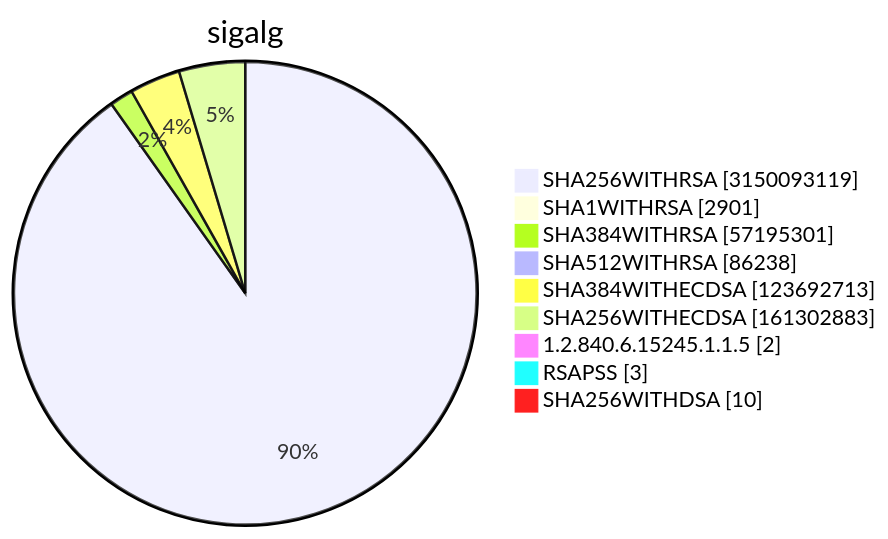
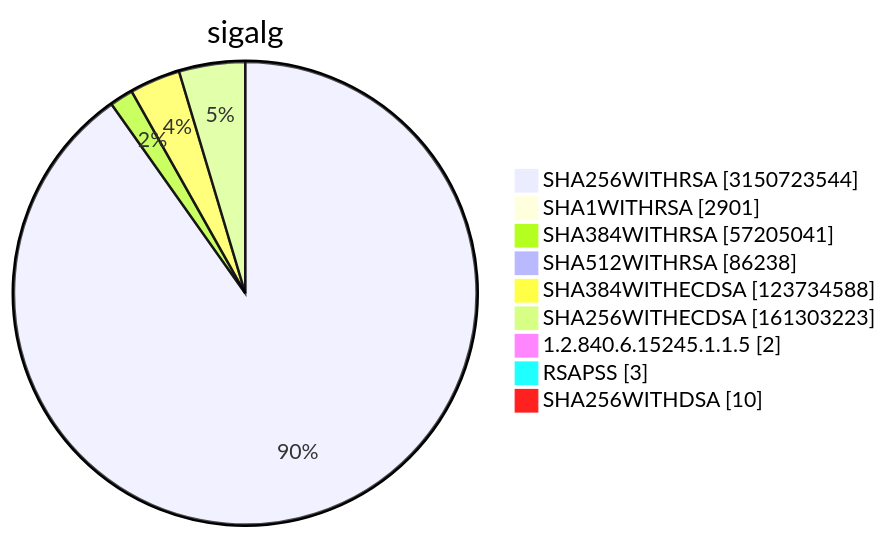
Before and after one commit to christiankrug/ctmonitor_visualization: diagram 15 of 15 in TOTAL/README.md, drawn with Mermaid. The commit also changed other lines of this file, not shown here.

````diff
--- a/TOTAL/README.md
+++ b/TOTAL/README.md
@@ -6213,13 +6213,13 @@
 ```mermaid
 pie showData
 title sigalg
-"SHA256WITHRSA" :3150093119
+"SHA256WITHRSA" :3150723544
 "SHA1WITHRSA" :2901
-"SHA384WITHRSA" :57195301
+"SHA384WITHRSA" :57205041
 "SHA512WITHRSA" :86238
-"SHA384WITHECDSA" :123692713
-"SHA256WITHECDSA" :161302883
+"SHA384WITHECDSA" :123734588
+"SHA256WITHECDSA" :161303223
 "1.2.840.6.15245.1.1.5" :2
 "RSAPSS" :3
 "SHA256WITHDSA" :10
 ```
````
